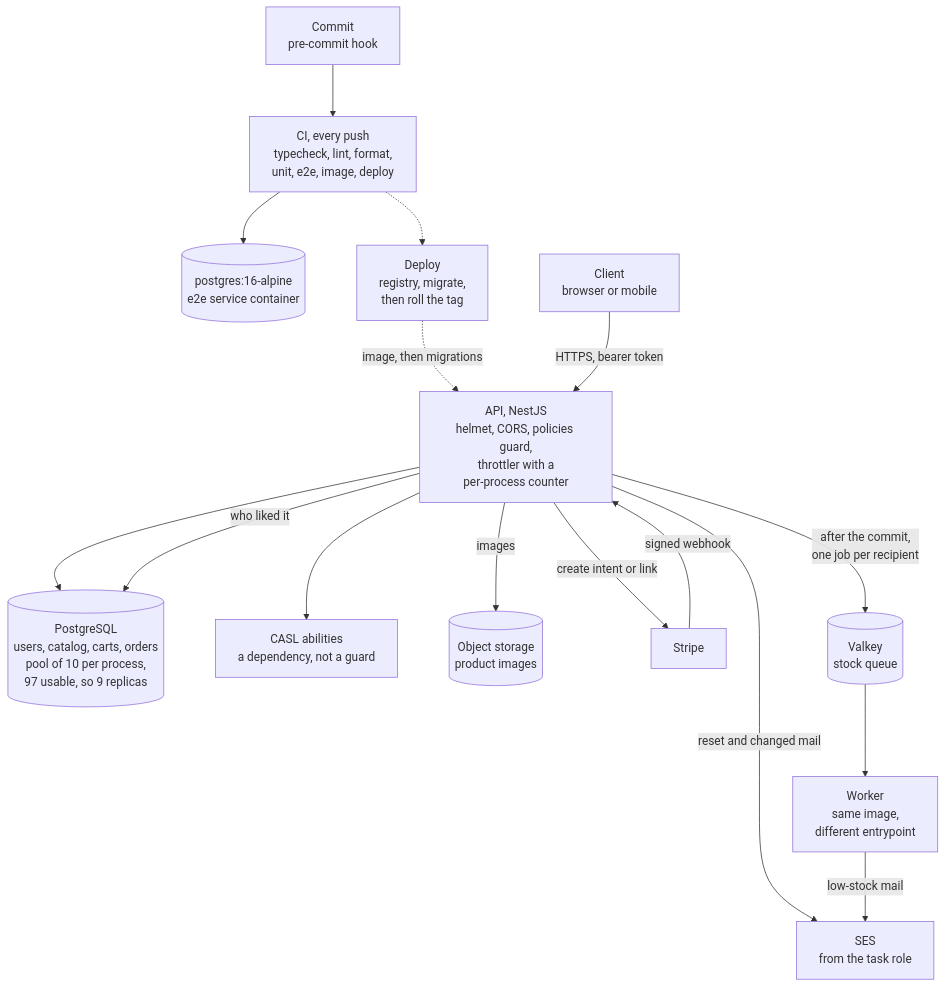
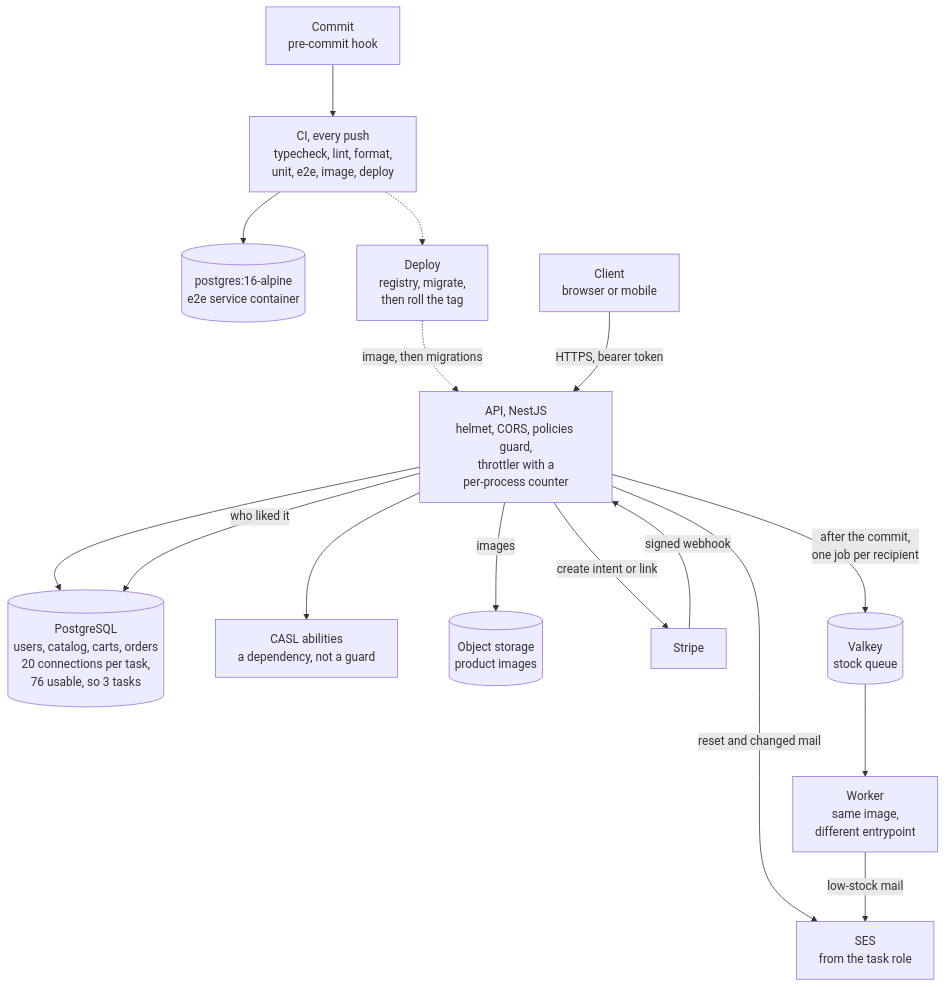
Before and after one commit to f3r21/t-shirt-store-api: the diagram in ARCHITECTURE.md, drawn with Mermaid. The commit also changed other lines of this file and 9 other files, not shown here.

````diff
--- a/ARCHITECTURE.md
+++ b/ARCHITECTURE.md
@@ -5,35 +5,35 @@
 ```mermaid
 %%{init: {"flowchart": {"nodeSpacing": 70, "rankSpacing": 70}}}%%
 flowchart TB
     code["Commit<br/>pre-commit hook"]
     ci["CI, every push<br/>typecheck, lint, format,<br/>unit, e2e, image, deploy"]
     citest[("postgres:16-alpine<br/>e2e service container")]
     deploy["Deploy<br/>registry, migrate,<br/>then roll the tag"]
 
     client["Client<br/>browser or mobile"]
     api["API, NestJS<br/>helmet, CORS, policies guard,<br/>throttler with a<br/>per-process counter"]
-    pg[("PostgreSQL<br/>users, catalog, carts, orders<br/>pool of 10 per process,<br/>97 usable, so 9 replicas")]
+    pg[("PostgreSQL<br/>users, catalog, carts, orders<br/>20 connections per task,<br/>76 usable, so 3 tasks")]
     casl["CASL abilities<br/>a dependency, not a guard"]
     store[("Object storage<br/>product images")]
     smtp["SES<br/>from the task role"]
     stripe["Stripe"]
     valkey[("Valkey<br/>stock queue")]
     worker["Worker<br/>same image,<br/>different entrypoint"]
 
     code --> ci
     ci --> citest
     ci -.-> deploy
     deploy -.->|"image, then migrations"| api
 
     client -->|"HTTPS, bearer token"| api
     api --> pg
     api -->|"who liked it"| pg
     api --> casl
     api -->|"images"| store
     api -->|"reset and changed mail"| smtp
     api -->|"create intent or link"| stripe
     api -->|"after the commit,<br/>one job per recipient"| valkey
     stripe -->|"signed webhook"| api
     valkey --> worker
     worker -->|"low-stock mail"| smtp
 ```
````
